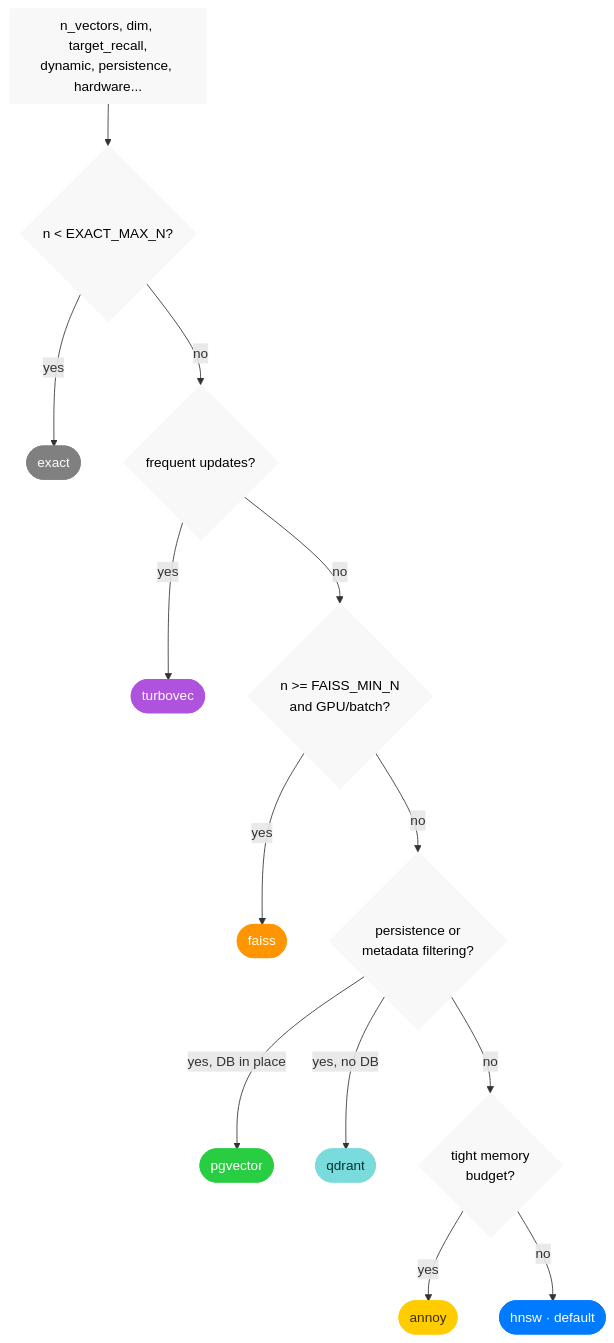
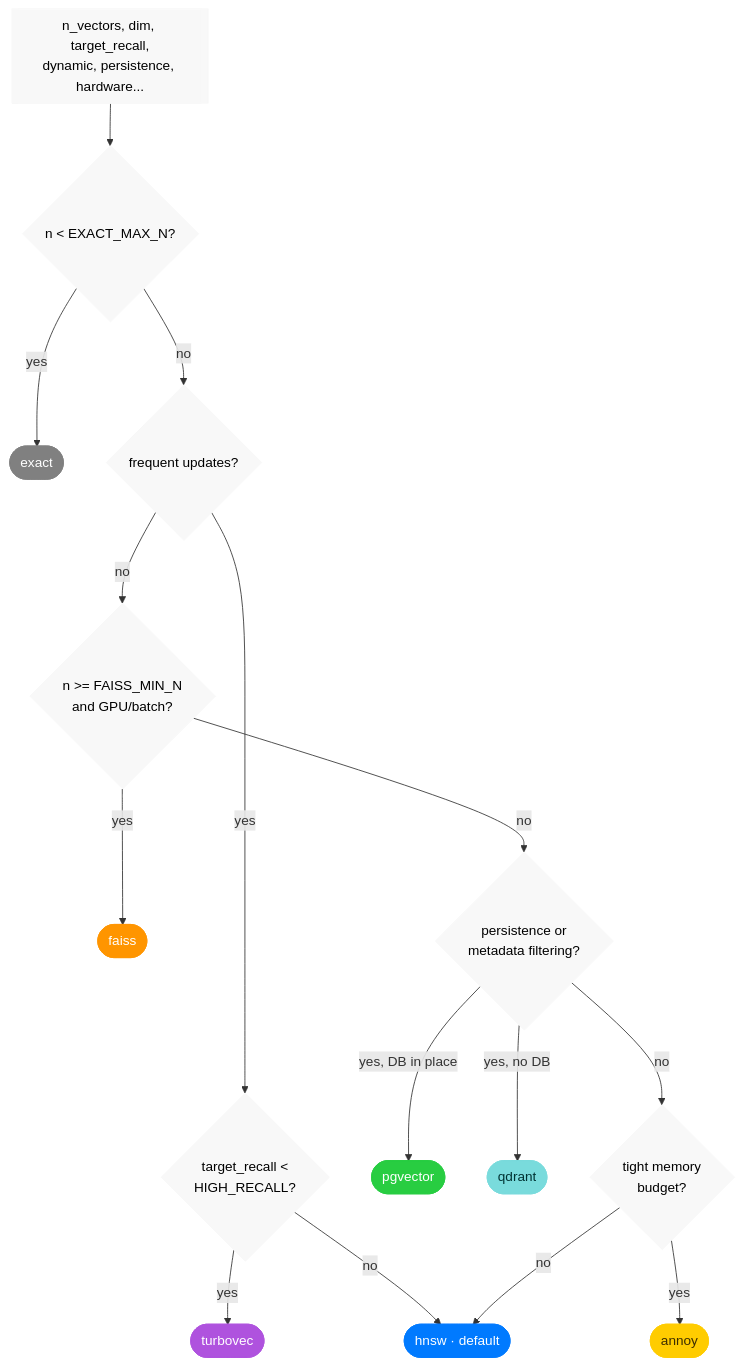
The diagram in README.md (warith-harchaoui/ann-router), drawn with Mermaid before and after one commit. The commit also changed other lines of this file and 10 other files, not shown here.

````diff
--- a/README.md
+++ b/README.md
@@ -175,34 +181,36 @@
 ```mermaid
 flowchart TD
     Q[["n_vectors, dim, target_recall,<br/>dynamic, persistence, hardware..."]]
     Q --> D1{n < EXACT_MAX_N?}
     D1 -->|yes| EXACT([exact])
     D1 -->|no| D2{frequent updates?}
-    D2 -->|yes| TURBOVEC([turbovec])
+    D2 -->|yes| D2R{target_recall <<br/>HIGH_RECALL?}
+    D2R -->|yes| TURBOVEC([turbovec])
+    D2R -->|no| HNSW
     D2 -->|no| D3{n >= FAISS_MIN_N<br/>and GPU/batch?}
     D3 -->|yes| FAISS([faiss])
     D3 -->|no| D4{persistence or<br/>metadata filtering?}
     D4 -->|yes, DB in place| PGVECTOR([pgvector])
     D4 -->|yes, no DB| QDRANT([qdrant])
     D4 -->|no| D5{tight memory<br/>budget?}
     D5 -->|yes| ANNOY([annoy])
     D5 -->|no| HNSW([hnsw · default])
 
     classDef exact fill:#808080,color:#fff,stroke:#808080
     classDef turbovec fill:#AF52DE,color:#fff,stroke:#AF52DE
     classDef faiss fill:#FF9500,color:#fff,stroke:#FF9500
     classDef pgvector fill:#28CD41,color:#fff,stroke:#28CD41
     classDef qdrant fill:#79DBDC,color:#003333,stroke:#79DBDC
     classDef annoy fill:#FFCC00,color:#3d2e00,stroke:#FFCC00
     classDef hnsw fill:#007AFF,color:#fff,stroke:#007AFF
     classDef decision fill:#F8F8F8,color:#000000,stroke:#F8F8F8
 
     class EXACT exact
     class TURBOVEC turbovec
     class FAISS faiss
     class PGVECTOR pgvector
     class QDRANT qdrant
     class ANNOY annoy
     class HNSW hnsw
-    class D1,D2,D3,D4,D5,Q decision
+    class D1,D2,D2R,D3,D4,D5,Q decision
 ```
````
